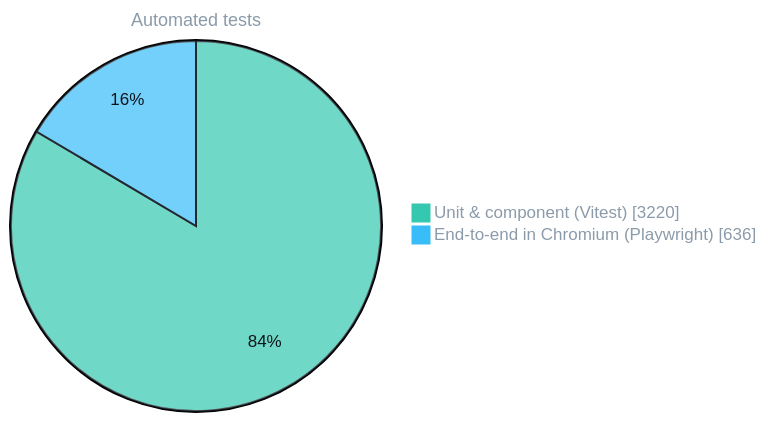
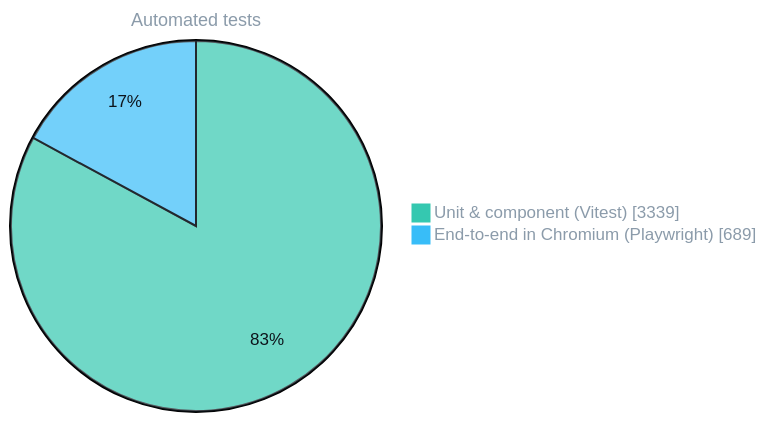
One commit to ErtugrulAK/keyframe-character-studio changed the third of 4 diagrams in README.md. Above: the diagram before and after it, drawn with Mermaid. The commit also changed other lines of this file and 1 other file, not shown here.

````diff
--- a/README.md
+++ b/README.md
@@ -104,7 +105,7 @@
 ```mermaid
 %%{init: {'theme': 'base', 'themeVariables': {'pie1': '#35c8b0', 'pie2': '#38bdf8', 'pieStrokeColor': '#0d141b', 'pieSectionTextColor': '#0d141b', 'pieTitleTextSize': '18px', 'pieTitleTextColor': '#8b9baa', 'pieLegendTextColor': '#8b9baa'}}}%%
 pie showData
     title Automated tests
-    "Unit & component (Vitest)" : 3220
-    "End-to-end in Chromium (Playwright)" : 636
+    "Unit & component (Vitest)" : 3339
+    "End-to-end in Chromium (Playwright)" : 689
 ```
````
